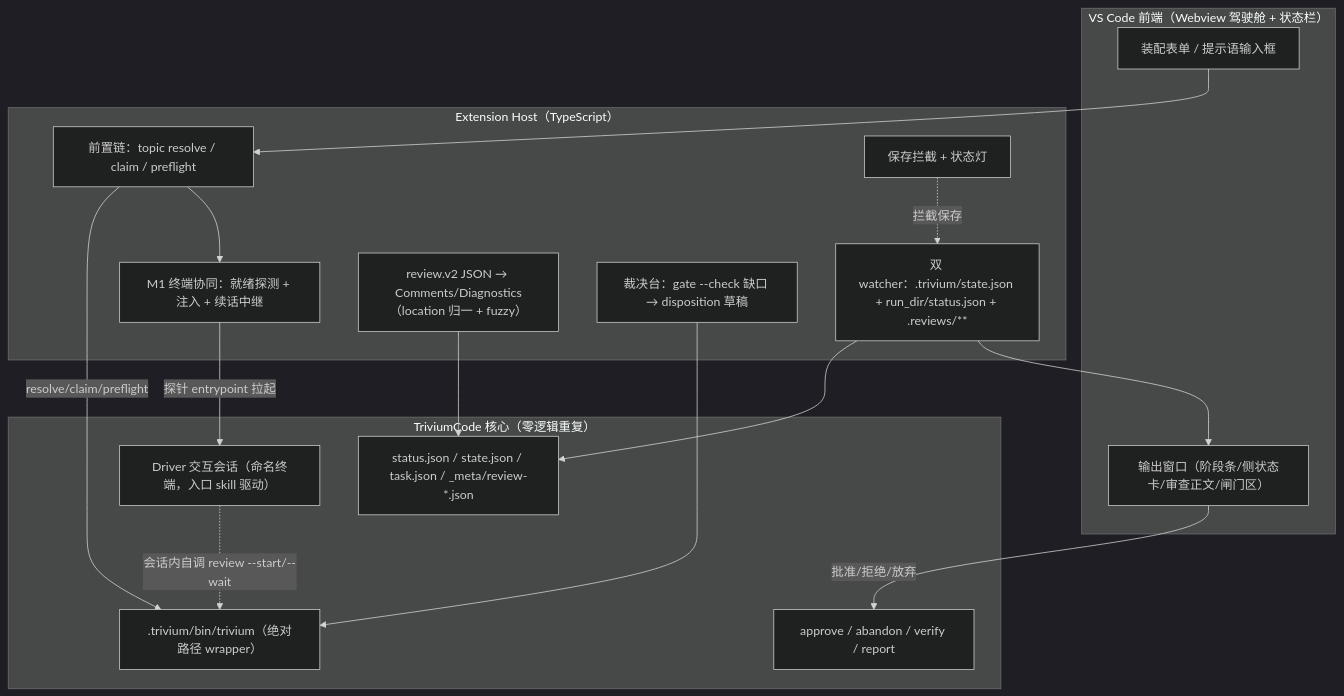
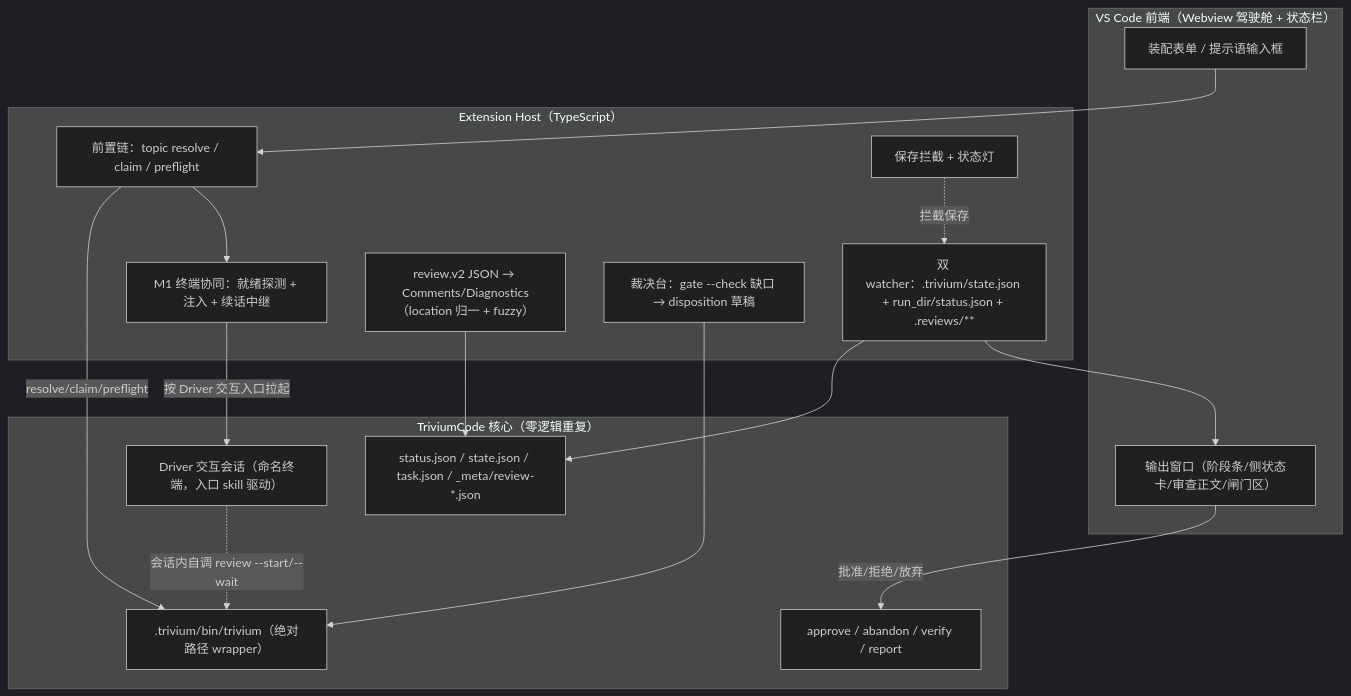
The first of 2 diagrams in doc/08_project/2026-11-05-VSCode插件需求分析与开发计划-v2.md (striver2006/TriviumCode), drawn with Mermaid (dark theme) before and after one commit. The commit also changed other lines of this file and 52 other files, not shown here.

````diff
--- a/doc/08_project/2026-11-05-VSCode插件需求分析与开发计划-v2.md
+++ b/doc/08_project/2026-11-05-VSCode插件需求分析与开发计划-v2.md
@@ -165,32 +165,32 @@
 ```mermaid
 flowchart TD
     subgraph UI ["VS Code 前端（Webview 驾驶舱 + 状态栏）"]
         Form["装配表单 / 提示语输入框"]
         Output["输出窗口（阶段条/侧状态卡/审查正文/闸门区）"]
     end
     subgraph Host ["Extension Host（TypeScript）"]
         Launcher["前置链：topic resolve / claim / preflight"]
         TermRelay["M1 终端协同：就绪探测 + 注入 + 续话中继"]
         Watcher["双 watcher：.trivium/state.json + run_dir/status.json + .reviews/**"]
         ReviewBridge["review.v2 JSON → Comments/Diagnostics（location 归一 + fuzzy）"]
         DispositionKit["裁决台：gate --check 缺口 → disposition 草稿"]
         DriftGuard["保存拦截 + 状态灯"]
     end
     subgraph Core ["TriviumCode 核心（零逻辑重复）"]
         Wrapper[".trivium/bin/trivium（绝对路径 wrapper）"]
         DriverTerm["Driver 交互会话（命名终端，入口 skill 驱动）"]
         Files["status.json / state.json / task.json / _meta/review-*.json"]
         Approve["approve / abandon / verify / report"]
     end
     Form --> Launcher
     Launcher -->|resolve/claim/preflight| Wrapper
     Launcher --> TermRelay
-    TermRelay -->|探针 entrypoint 拉起| DriverTerm
+    TermRelay -->|按 Driver 交互入口拉起| DriverTerm
     DriverTerm -.会话内自调 review --start/--wait.-> Wrapper
     Watcher --> Files
     Watcher --> Output
     ReviewBridge --> Files
     DispositionKit --> Wrapper
     Output -->|批准/拒绝/放弃| Approve
     DriftGuard -.拦截保存.-> Watcher
 ```
````
